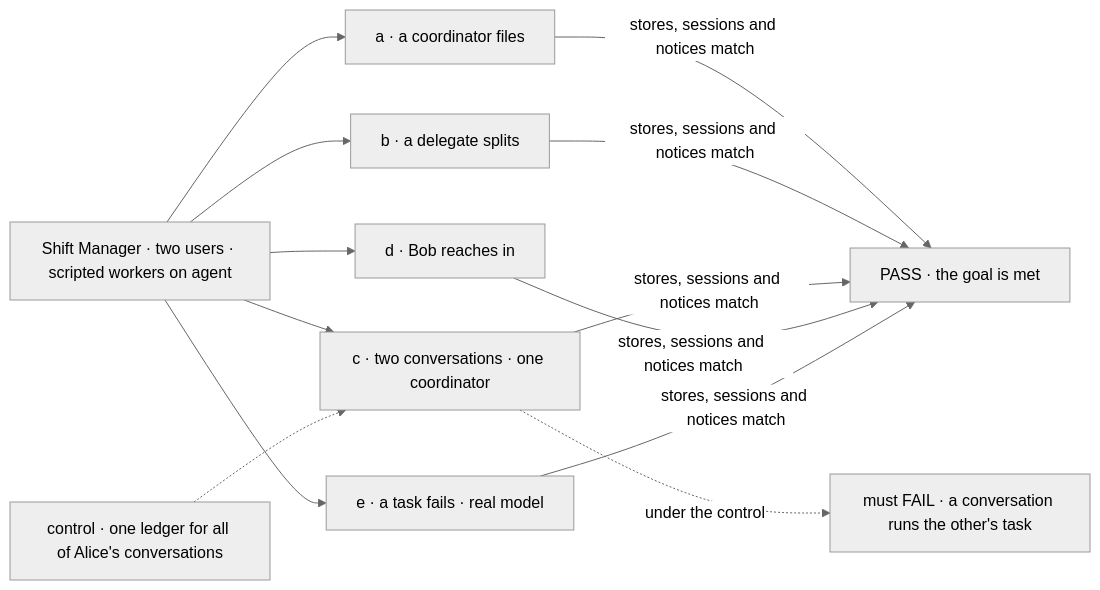
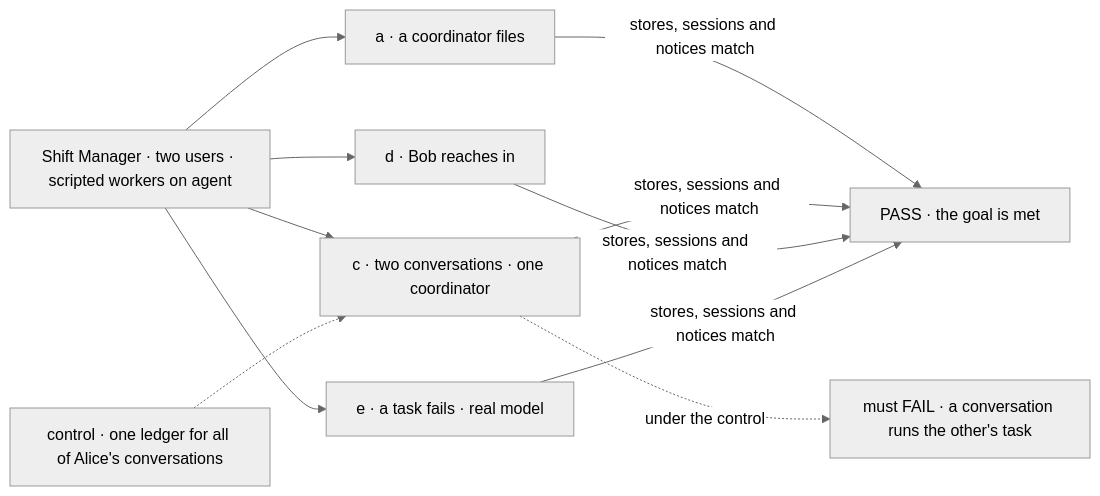
The first of 2 diagrams in specs/issues/FIX-1794/SPEC.md (fixpoint-labs/flow-state-dev), drawn with Mermaid (neutral theme) before and after one commit. The commit also changed other lines of this file and 7 other files, not shown here.

````diff
--- a/specs/issues/FIX-1794/SPEC.md
+++ b/specs/issues/FIX-1794/SPEC.md
@@ -33,11 +33,10 @@
 ```mermaid
 flowchart LR
   A["Shift Manager · two users · scripted workers on agent"] --> L1["a · a coordinator files"]
-  A --> L2["b · a delegate splits"]
   A --> L3["c · two conversations · one coordinator"]
   A --> L4["d · Bob reaches in"]
   A --> L5["e · a task fails · real model"]
-  L1 & L2 & L3 & L4 & L5 -->|"stores, sessions and notices match"| P["PASS · the goal is met"]
+  L1 & L3 & L4 & L5 -->|"stores, sessions and notices match"| P["PASS · the goal is met"]
   C["control · one ledger for all of Alice's conversations"] -.-> L3
   L3 -.->|"under the control"| F["must FAIL · a conversation runs the other's task"]
 ```
````
